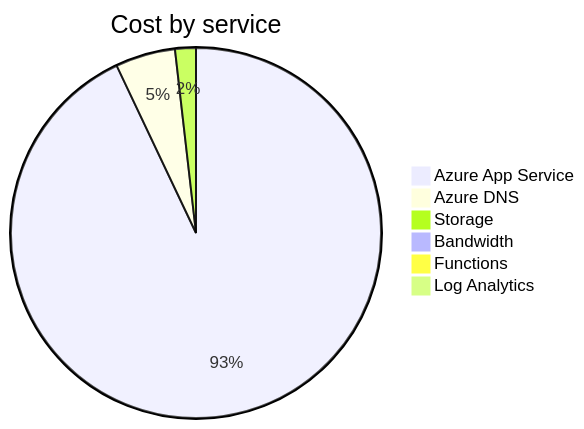
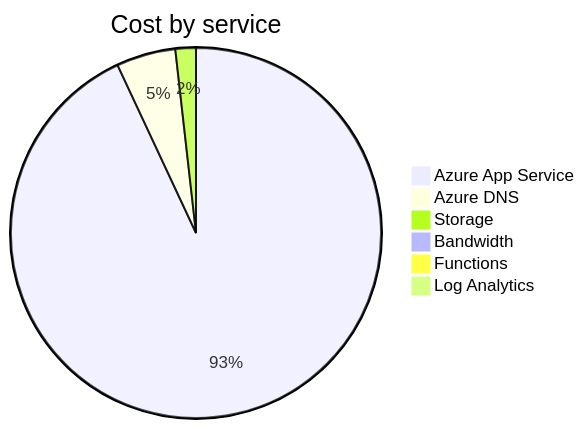
The second of 4 diagrams in cost-reports/accumulated-cost.md (jpfulton/azure-personal-reports), drawn with Mermaid before and after one commit. The commit also changed other lines of this file and 4 other files, not shown here.

````diff
--- a/cost-reports/accumulated-cost.md
+++ b/cost-reports/accumulated-cost.md
@@ -100,10 +100,10 @@
 ```mermaid
 pie
    title Cost by service
-   "Azure App Service" : 4.09
-   "Azure DNS" : 0.23
-   "Storage" : 0.08
+   "Azure App Service" : 4.68
+   "Azure DNS" : 0.26
+   "Storage" : 0.09
    "Bandwidth" : 0.00
    "Functions" : 0.00
    "Log Analytics" : 0.00
 ```
````
